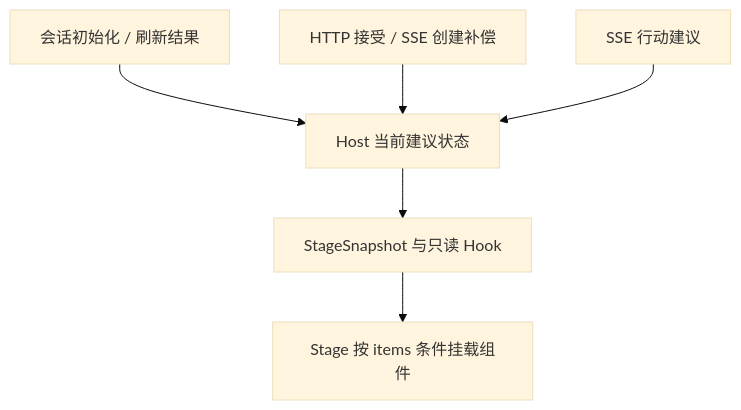
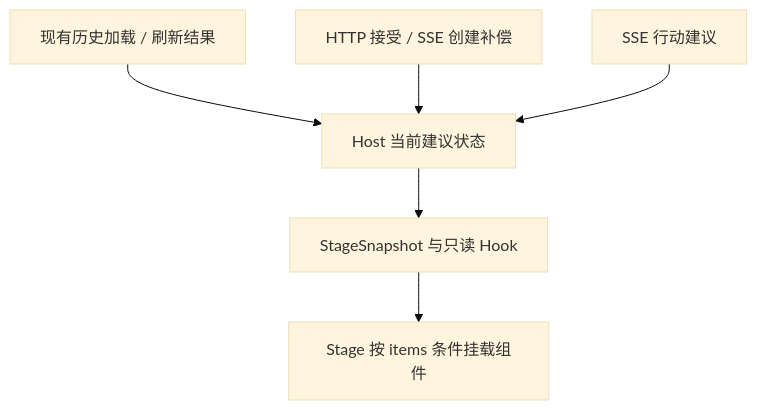
One commit to huiru-wang/SillyRealms changed the diagram in plan/action-suggestions-components.md. Above: the diagram before and after it, drawn with Mermaid (base theme). The commit also changed other lines of this file and 33 other files, not shown here.

```diff
--- a/plan/action-suggestions-components.md
+++ b/plan/action-suggestions-components.md
@@ -244,8 +230,8 @@
 ~~~mermaid
 flowchart TD
-  A["会话初始化 / 刷新结果"] --> D["Host 当前建议状态"]
+  A["现有历史加载 / 刷新结果"] --> D["Host 当前建议状态"]
   B["HTTP 接受 / SSE 创建补偿"] --> D
   C["SSE 行动建议"] --> D
   D --> E["StageSnapshot 与只读 Hook"]
   E --> F["Stage 按 items 条件挂载组件"]
 ~~~
```
